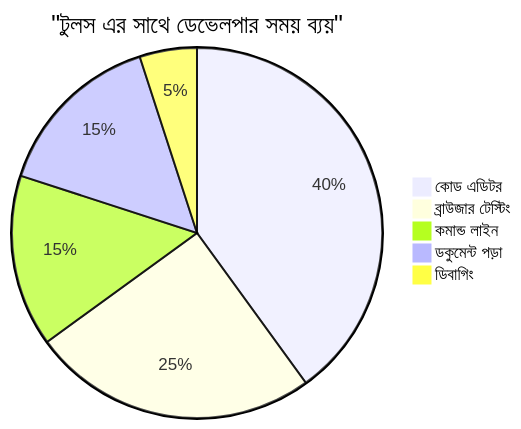
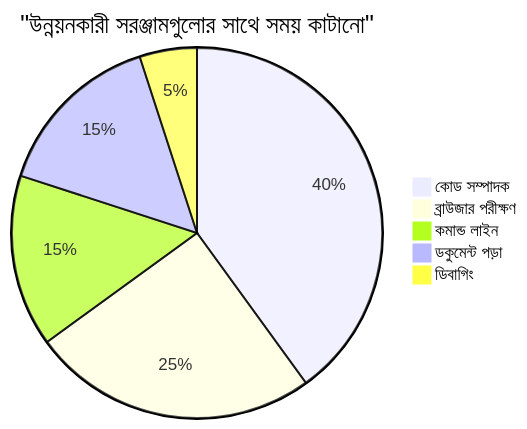
The sixth of 7 diagrams in translations/bn/1-getting-started-lessons/1-intro-to-programming-languages/README.md (microsoft/Web-Dev-For-Beginners), drawn with Mermaid before and after one commit. The commit also changed other lines of this file and 11 other files, not shown here.

````diff
--- a/translations/bn/1-getting-started-lessons/1-intro-to-programming-languages/README.md
+++ b/translations/bn/1-getting-started-lessons/1-intro-to-programming-languages/README.md
@@ -712,8 +711,8 @@
 ```mermaid
-pie title "টুলস এর সাথে ডেভেলপার সময় ব্যয়"
-    "কোড এডিটর" : 40
-    "ব্রাউজার টেস্টিং" : 25
+pie title "উন্নয়নকারী সরঞ্জামগুলোর সাথে সময় কাটানো"
+    "কোড সম্পাদক" : 40
+    "ব্রাউজার পরীক্ষণ" : 25
     "কমান্ড লাইন" : 15
     "ডকুমেন্ট পড়া" : 15
     "ডিবাগিং" : 5
 ```
````
